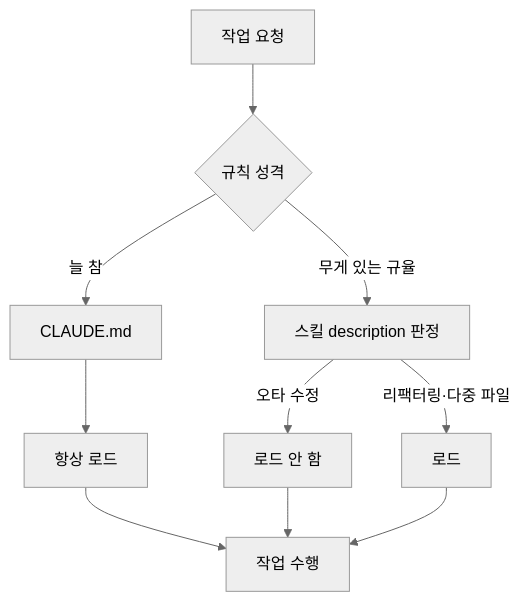
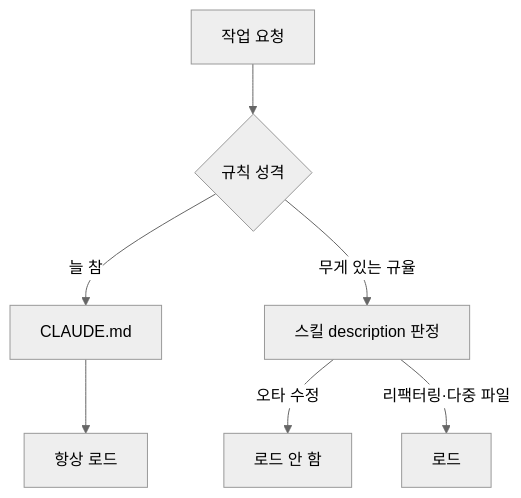
The diagram in src/content/posts/karpathy-guidelines.md (dltmddyd321/dltmddyd321.github.io), drawn with Mermaid (neutral theme) before and after one commit. The commit also changed other lines of this file, not shown here.

````diff
--- a/src/content/posts/karpathy-guidelines.md
+++ b/src/content/posts/karpathy-guidelines.md
@@ -52,12 +110,9 @@
 ```mermaid
 graph TD
     A[작업 요청] --> B{규칙 성격}
     B -->|늘 참| C[CLAUDE.md]
     B -->|무게 있는 규율| D[스킬 description 판정]
     C --> E[항상 로드]
     D -->|오타 수정| F[로드 안 함]
     D -->|리팩터링·다중 파일| G[로드]
-    E --> H[작업 수행]
-    F --> H
-    G --> H
 ```
````
